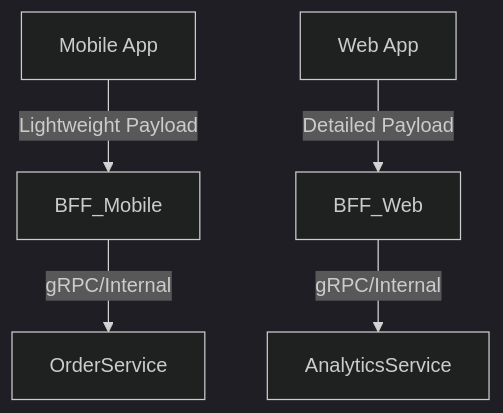
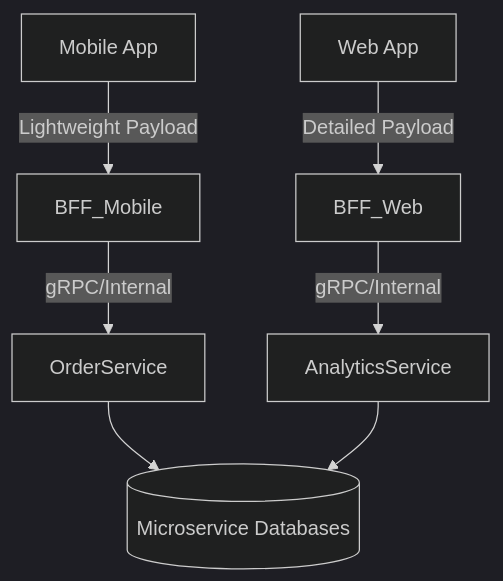
The fifth of 8 diagrams in ms-designpatterns/designpatterns.MD (83-TechWorld/interview-preparation), drawn with Mermaid (dark theme) before and after one commit. The commit also changed other lines of this file, not shown here.

````diff
--- a/ms-designpatterns/designpatterns.MD
+++ b/ms-designpatterns/designpatterns.MD
@@ -529,8 +533,10 @@
 ```mermaid
 graph TD
     M[Mobile App] -->|Lightweight Payload| BFF_Mobile
     W[Web App] -->|Detailed Payload| BFF_Web
     
     BFF_Mobile -->|gRPC/Internal| OrderService
     BFF_Web -->|gRPC/Internal| AnalyticsService
+    
+    OrderService & AnalyticsService --> DB[(Microservice Databases)]
 ```
````
